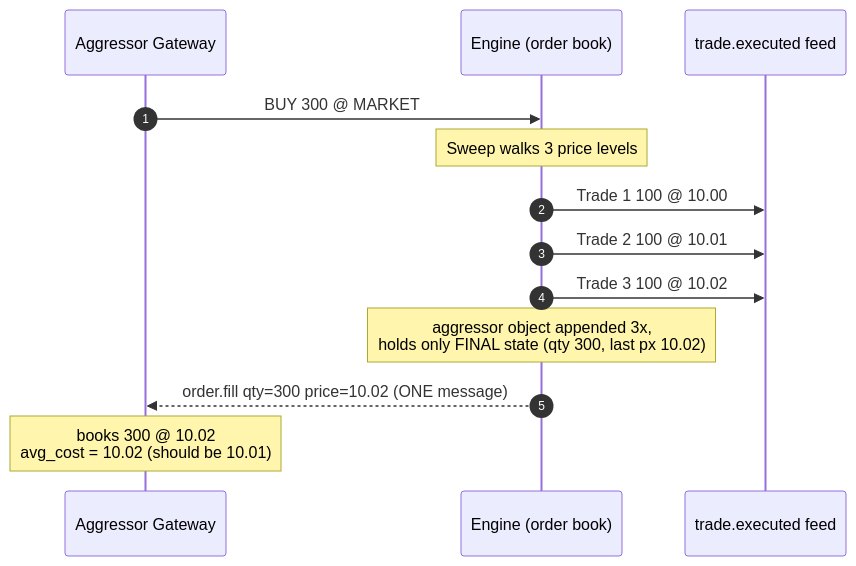
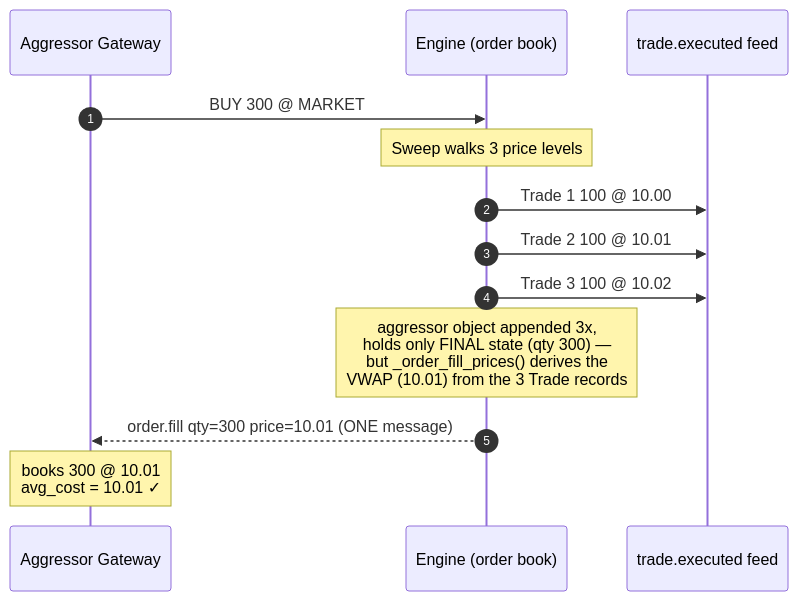
One commit to johan162/EduMatcher changed the diagram in docs/books/reference-manual/90-backmatter/020-known-limitations.md. Above: the diagram before and after it, drawn with Mermaid. The commit also changed other lines of this file and 71 other files, not shown here.

````diff
--- a/docs/books/reference-manual/90-backmatter/020-known-limitations.md
+++ b/docs/books/reference-manual/90-backmatter/020-known-limitations.md
@@ -167,16 +190,16 @@
 ```mermaid
 sequenceDiagram
     autonumber
     participant GW as Aggressor Gateway
     participant ENG as Engine (order book)
     participant FEED as trade.executed feed
 
     GW->>ENG: BUY 300 @ MARKET
     Note over ENG: Sweep walks 3 price levels
     ENG->>FEED: Trade 1  100 @ 10.00
     ENG->>FEED: Trade 2  100 @ 10.01
     ENG->>FEED: Trade 3  100 @ 10.02
-    Note over ENG: aggressor object appended 3x,<br/>holds only FINAL state (qty 300, last px 10.02)
-    ENG-->>GW: order.fill  qty=300  price=10.02  (ONE message)
-    Note over GW: books 300 @ 10.02<br/>avg_cost = 10.02 (should be 10.01)
+    Note over ENG: aggressor object appended 3x,<br/>holds only FINAL state (qty 300) —<br/>but _order_fill_prices() derives the<br/>VWAP (10.01) from the 3 Trade records
+    ENG-->>GW: order.fill  qty=300  price=10.01  (ONE message)
+    Note over GW: books 300 @ 10.01<br/>avg_cost = 10.01 ✓
 ```
````
